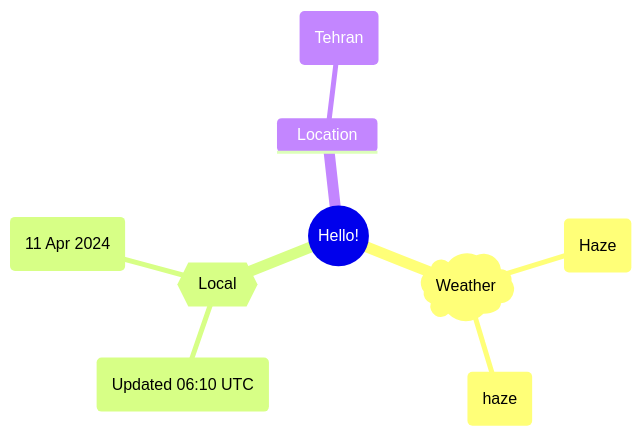
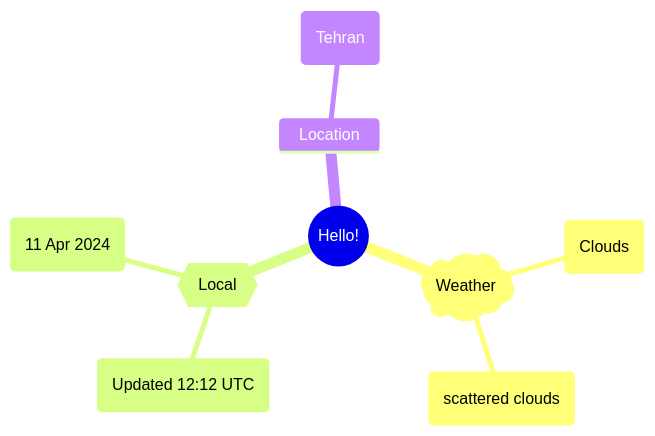
The first of 2 diagrams in README.md (Xosrov/Xosrov), drawn with Mermaid before and after one commit.

Commit message:
[bot] updated images

````diff
--- a/README.md
+++ b/README.md
@@ -3,12 +3,12 @@
 ```mermaid
 mindmap
   root((Hello!))
     )Weather(
-        (Haze)
-        (haze)
+        (Clouds)
+        (scattered clouds)
     {{Local}}
-        (Updated 06:10 UTC)
+        (Updated 12:12 UTC)
         (11 Apr 2024)
     Location
         (Tehran)
 ```
````
